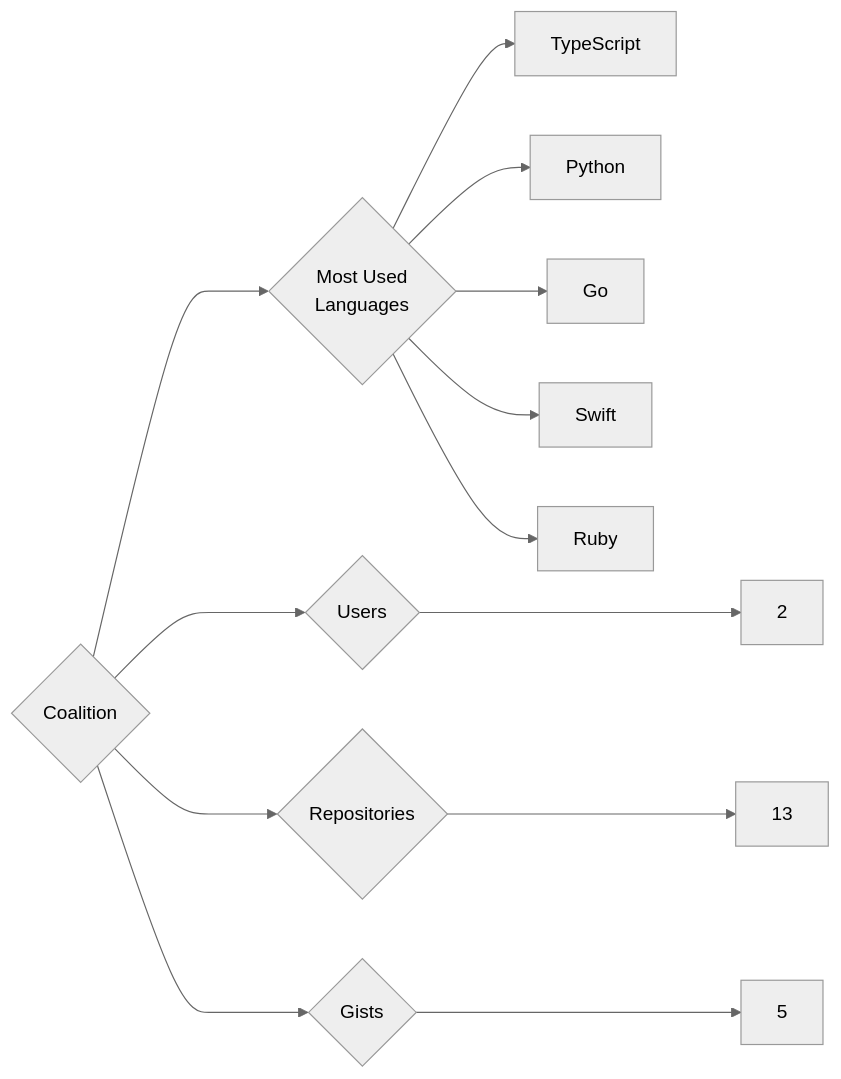
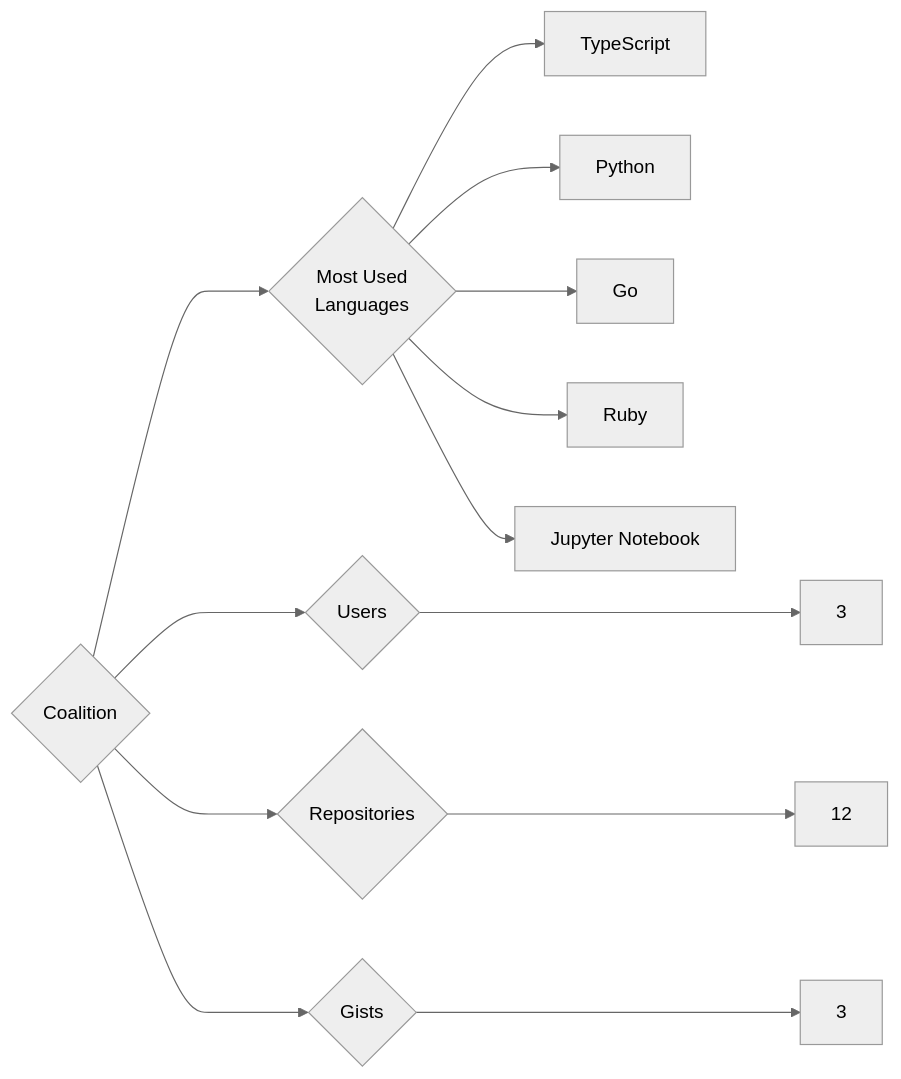
Before and after one commit to trickest/insiders: the diagram in targets/Coalition/README.md, drawn with Mermaid (neutral theme). The commit also changed 1023 other files, not shown here.

````diff
--- a/targets/Coalition/README.md
+++ b/targets/Coalition/README.md
@@ -3,13 +3,13 @@
 ```mermaid
 graph LR
 COMPANY_NAME{Coalition}
-COMPANY_NAME ---> U{Users} ---> UN[2]
-COMPANY_NAME ---> R{Repositories} ---> RN[13]
-COMPANY_NAME ---> G{Gists} ---> GN[5]
+COMPANY_NAME ---> U{Users} ---> UN[3]
+COMPANY_NAME ---> R{Repositories} ---> RN[12]
+COMPANY_NAME ---> G{Gists} ---> GN[3]
 COMPANY_NAME ---> ML{Most Used<br>Languages}
 ML --> TypeScript[TypeScript]
 ML --> Python[Python]
 ML --> Go[Go]
-ML --> Swift[Swift]
 ML --> Ruby[Ruby]
+ML --> Jupyter_Notebook[Jupyter Notebook]
 ```
````
